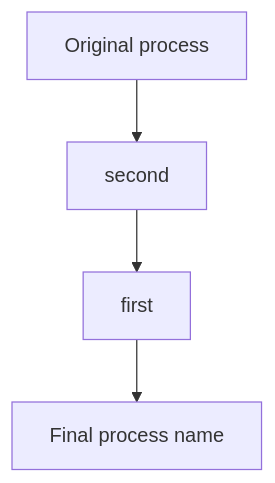
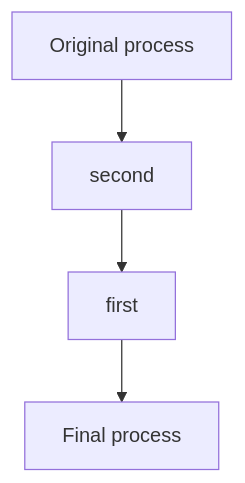
One commit to AvadhBhalodiya/Interview-Preparation changed the third of 3 diagrams in src/content/python/decorators.md. Above: the diagram before and after it, drawn with Mermaid. The commit also changed other lines of this file and 80 other files, not shown here.

````diff
--- a/src/content/python/decorators.md
+++ b/src/content/python/decorators.md
@@ -407,6 +314,6 @@
 ```mermaid
 flowchart TD
     A[Original process] --> B[second]
     B --> C[first]
-    C --> D[Final process name]
+    C --> D[Final process]
 ```
````
